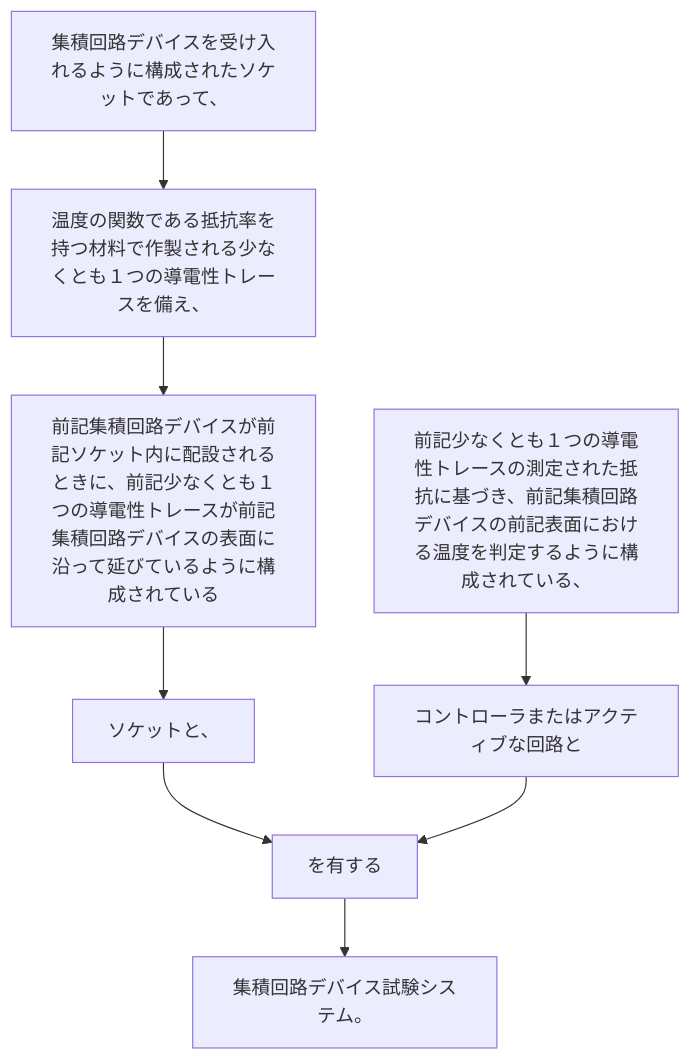
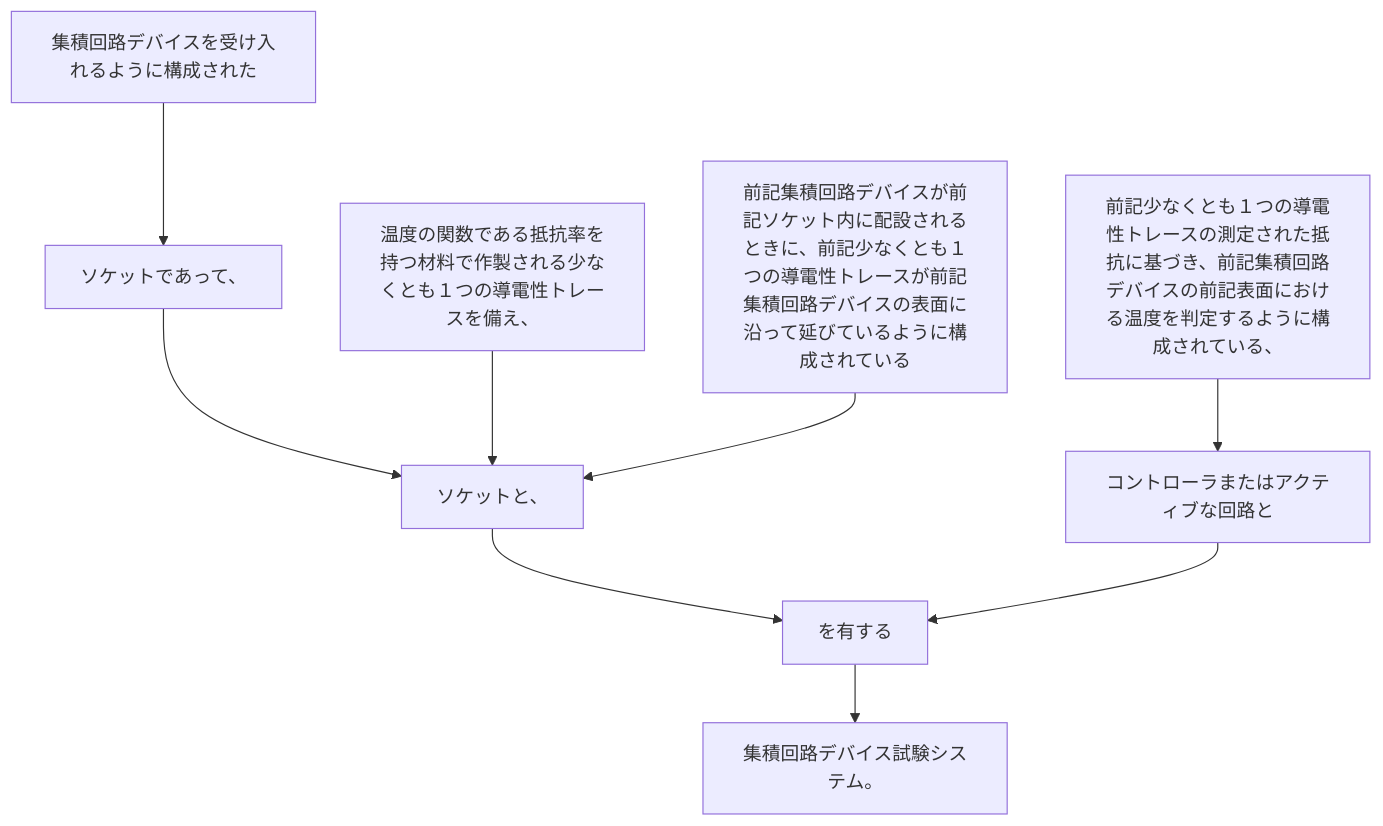
The diagram in 2024/JP2024023283A/claim_1/README.md (shinmori55/patent_analyzed), drawn with Mermaid before and after one commit. The commit also changed 336 other files, not shown here.

````diff
--- a/2024/JP2024023283A/claim_1/README.md
+++ b/2024/JP2024023283A/claim_1/README.md
@@ -3,19 +3,20 @@
 ```mermaid
 flowchart TD
-A[集積回路デバイスを受け入れるように構成されたソケットであって、]
-B[温度の関数である抵抗率を持つ材料で作製される少なくとも１つの導電性トレースを備え、]
-C[前記集積回路デバイスが前記ソケット内に配設されるときに、前記少なくとも１つの導電性トレースが前記集積回路デバイスの表面に沿って延びているように構成されている]
-D[ソケットと、]
-E[前記少なくとも１つの導電性トレースの測定された抵抗に基づき、前記集積回路デバイスの前記表面における温度を判定するように構成されている、]
-F[コントローラまたはアクティブな回路と]
-G[を有する]
-H[集積回路デバイス試験システム。]
-
+A[集積回路デバイスを受け入れるように構成された]
+B[ソケットであって、]
+C[温度の関数である抵抗率を持つ材料で作製される少なくとも１つの導電性トレースを備え、]
+D[前記集積回路デバイスが前記ソケット内に配設されるときに、前記少なくとも１つの導電性トレースが前記集積回路デバイスの表面に沿って延びているように構成されている]
+E[ソケットと、]
+F[前記少なくとも１つの導電性トレースの測定された抵抗に基づき、前記集積回路デバイスの前記表面における温度を判定するように構成されている、]
+G[コントローラまたはアクティブな回路と]
+H[を有する]
+I[集積回路デバイス試験システム。]
 A --> B
-B --> C
-C --> D
-E --> F
-D --> G
+B --> E
+C --> E
+D --> E
 F --> G
+E --> H
 G --> H
+H --> I
 ```
````
